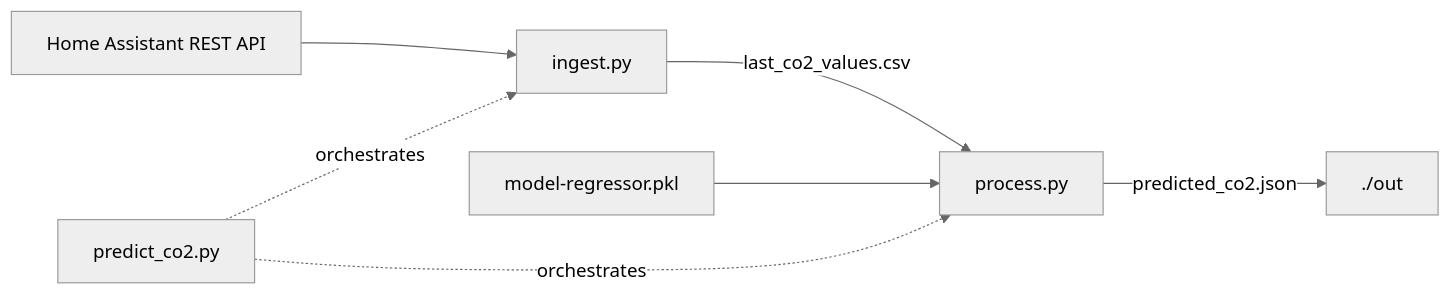
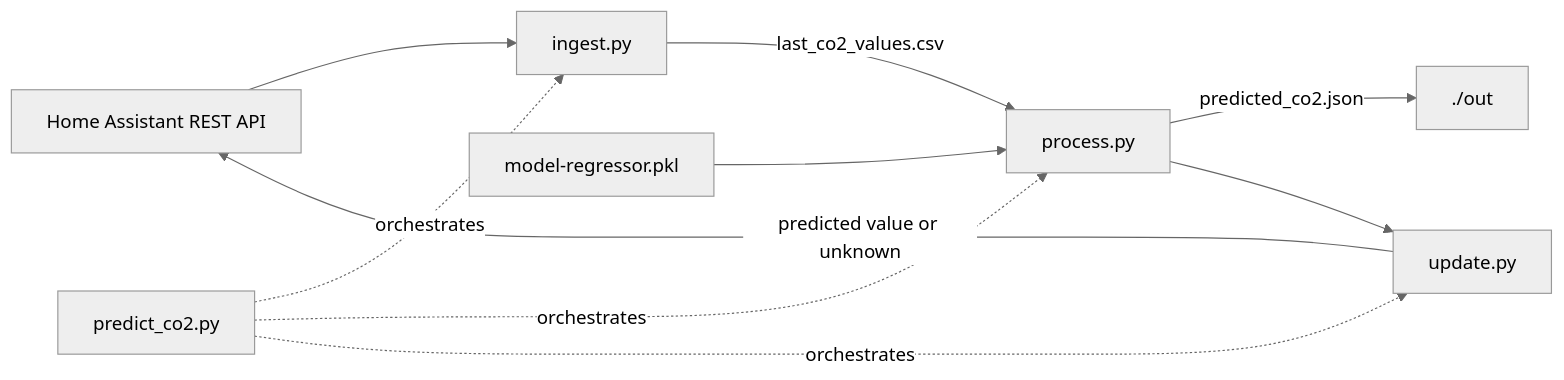
The second of 2 diagrams in README.md (olga-terekhova/home-co2-forecast), drawn with Mermaid (neutral theme) before and after one commit. The commit also changed other lines of this file and 5 other files, not shown here.

Commit message:
Save predicted value as a sensor value in Home Assistant

````diff
--- a/README.md
+++ b/README.md
@@ -59,9 +61,12 @@
 ```mermaid
 flowchart LR;
     HA[Home Assistant REST API] --> ingest.py;
     ingest.py -- last_co2_values.csv --> process.py;
     model[model-regressor.pkl] --> process.py;
     process.py -- predicted_co2.json --> out[./out];
+    process.py --> update.py;
+    update.py -- predicted value or unknown --> HA;
     predict_co2.py -.orchestrates.-> ingest.py;
     predict_co2.py -.orchestrates.-> process.py;
+    predict_co2.py -.orchestrates.-> update.py;
 ```
````
